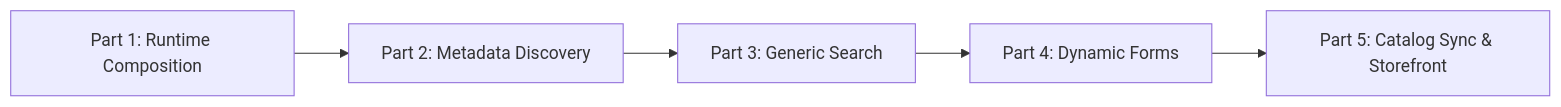
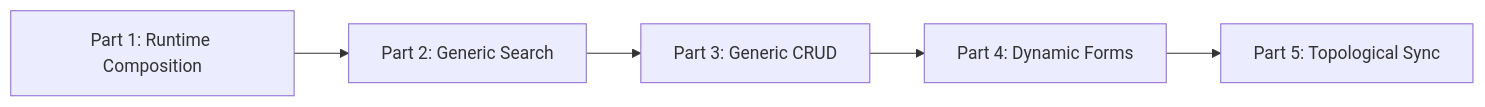
One commit to adiputera/adiputera.github.io changed the first of 3 diagrams in _articles/case-study-headless-cms-demo-part-6.md. Above: the diagram before and after it, drawn with Mermaid. The commit also changed other lines of this file and 5 other files, not shown here.

````diff
--- a/_articles/case-study-headless-cms-demo-part-6.md
+++ b/_articles/case-study-headless-cms-demo-part-6.md
@@ -36,7 +46,7 @@
 ```mermaid
 flowchart LR
-    P1["Part 1: Runtime Composition"] --> P2["Part 2: Metadata Discovery"]
-    P2 --> P3["Part 3: Generic Search"]
+    P1["Part 1: Runtime Composition"] --> P2["Part 2: Generic Search"]
+    P2 --> P3["Part 3: Generic CRUD"]
     P3 --> P4["Part 4: Dynamic Forms"]
-    P4 --> P5["Part 5: Catalog Sync & Storefront"]
+    P4 --> P5["Part 5: Topological Sync"]
 ```
````
